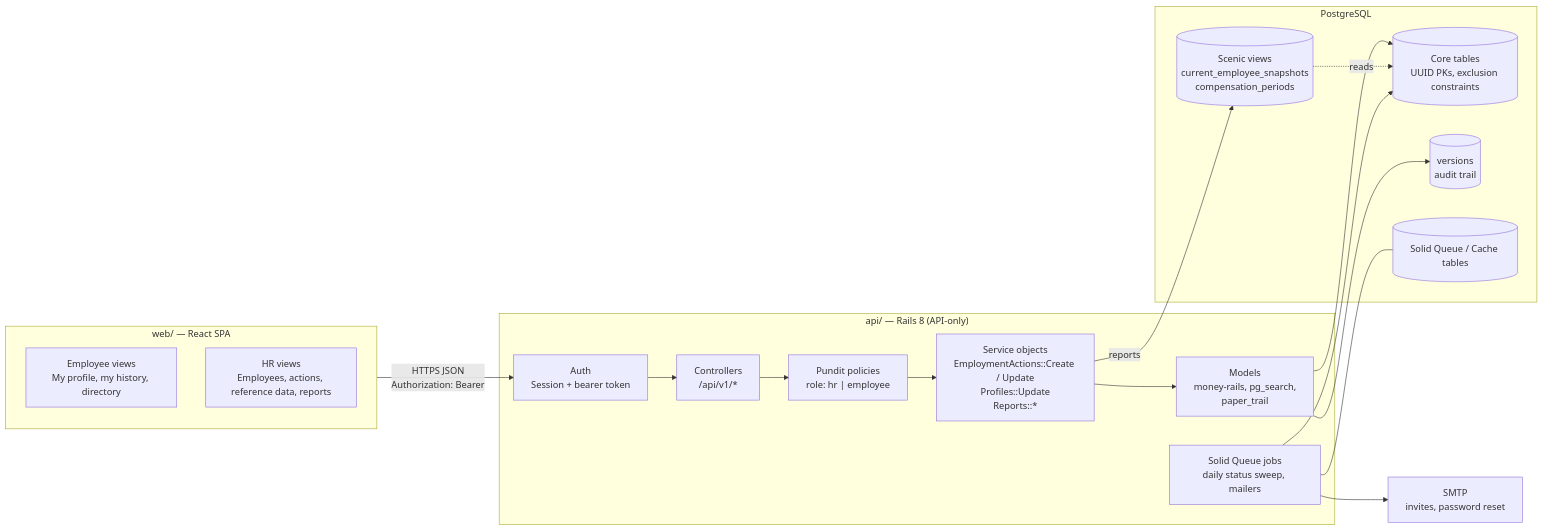
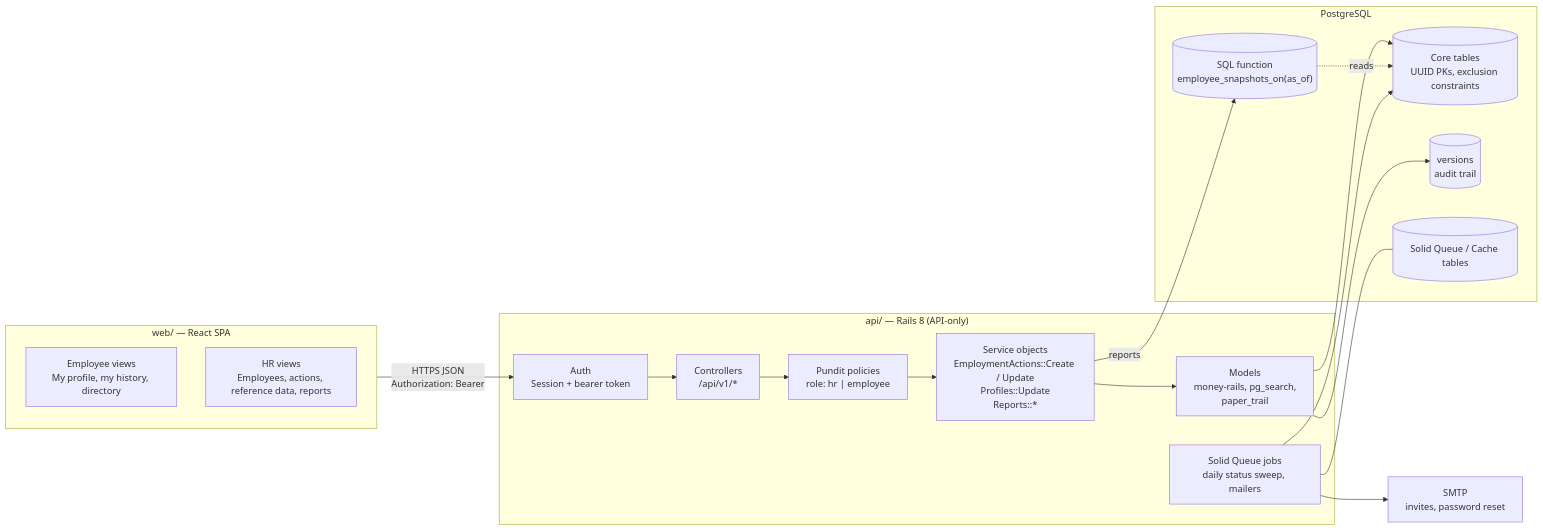
One commit to anitha-t/employee-information-system changed the first of 2 diagrams in docs/architecture.md. Above: the diagram before and after it, drawn with Mermaid. The commit also changed other lines of this file and 16 other files, not shown here.

````diff
--- a/docs/architecture.md
+++ b/docs/architecture.md
@@ -5,34 +5,34 @@
 ```mermaid
 flowchart LR
     subgraph Client["web/ — React SPA"]
         UI_EMP["Employee views<br/>My profile, my history, directory"]
         UI_HR["HR views<br/>Employees, actions, reference data, reports"]
     end
 
     subgraph API["api/ — Rails 8 (API-only)"]
         AUTH["Auth<br/>Session + bearer token"]
         CTRL["Controllers<br/>/api/v1/*"]
         POL["Pundit policies<br/>role: hr | employee"]
         SVC["Service objects<br/>EmploymentActions::Create / Update<br/>Profiles::Update<br/>Reports::*"]
         MDL["Models<br/>money-rails, pg_search,<br/>paper_trail"]
         JOBS["Solid Queue jobs<br/>daily status sweep, mailers"]
     end
 
     subgraph DB["PostgreSQL"]
         TBL[("Core tables<br/>UUID PKs, exclusion constraints")]
-        VIEWS[("Scenic views<br/>current_employee_snapshots<br/>compensation_periods")]
+        VIEWS[("SQL function<br/>employee_snapshots_on(as_of)")]
         VER[("versions<br/>audit trail")]
         SQ[("Solid Queue / Cache tables")]
     end
 
     MAIL["SMTP<br/>invites, password reset"]
 
     Client -- "HTTPS JSON<br/>Authorization: Bearer" --> AUTH --> CTRL --> POL --> SVC --> MDL
     MDL --> TBL
     MDL --> VER
     SVC -- "reports" --> VIEWS
     VIEWS -. "reads" .-> TBL
     JOBS --> TBL
     JOBS --> MAIL
     JOBS --- SQ
 ```
````
